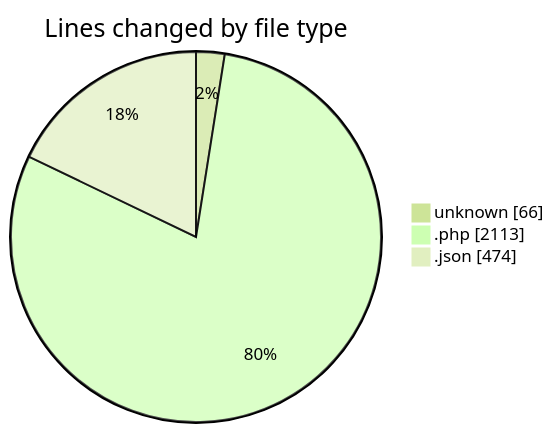
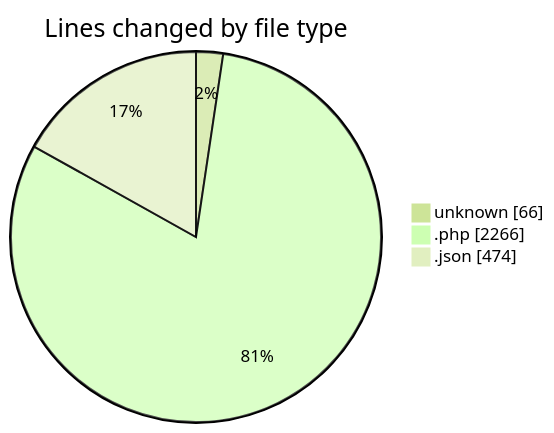
Before and after one commit to idhammustaqopulfikri/code-tracking: the first of 2 diagrams in 2025-05-27/studio-backend/README.md, drawn with Mermaid (forest theme). The commit also changed other lines of this file and 1 other file, not shown here.

````diff
--- a/2025-05-27/studio-backend/README.md
+++ b/2025-05-27/studio-backend/README.md
@@ -53,7 +54,7 @@
 ```mermaid
 pie showData
 title Lines changed by file type
 "unknown" : 66
-".php" : 2113
+".php" : 2266
 ".json" : 474
 ```
````
